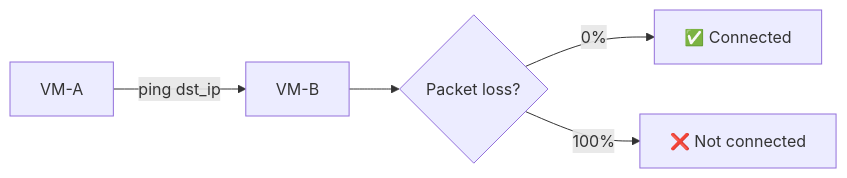
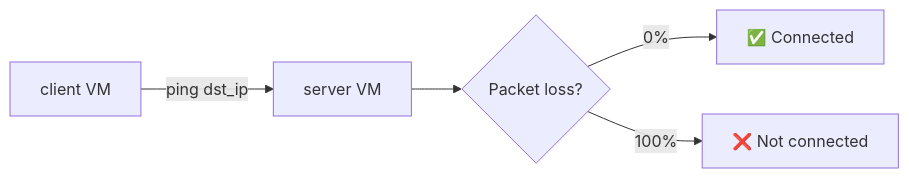
Before and after one commit to rnetser/openshift-virtualization-tests: the first of 3 diagrams in docs/flows/CONNECTIVITY_TESTING.md, drawn with Mermaid. The commit also changed other lines of this file and 6 other files, not shown here.

First line of the commit message:
docs: address review findings in flow diagrams

````diff
--- a/docs/flows/CONNECTIVITY_TESTING.md
+++ b/docs/flows/CONNECTIVITY_TESTING.md
@@ -7,8 +7,8 @@
 ```mermaid
 flowchart LR
-    VM_A[VM-A] -->|ping dst_ip| VM_B[VM-B]
+    VM_A[client VM] -->|ping dst_ip| VM_B[server VM]
     Result{Packet loss?}
     VM_B --> Result
     Result -->|0%| Pass[✅ Connected]
     Result -->|100%| Fail[❌ Not connected]
 ```
````
